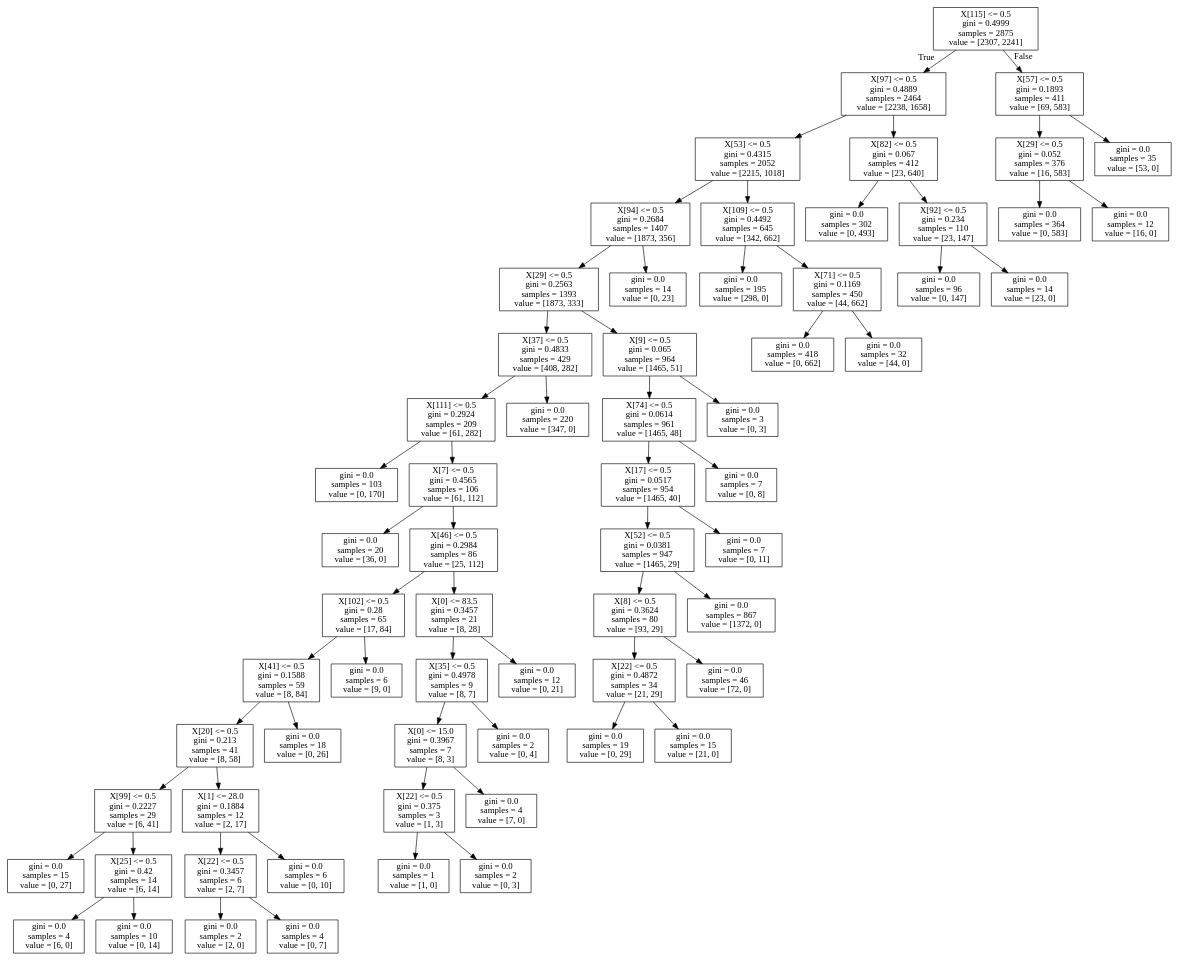
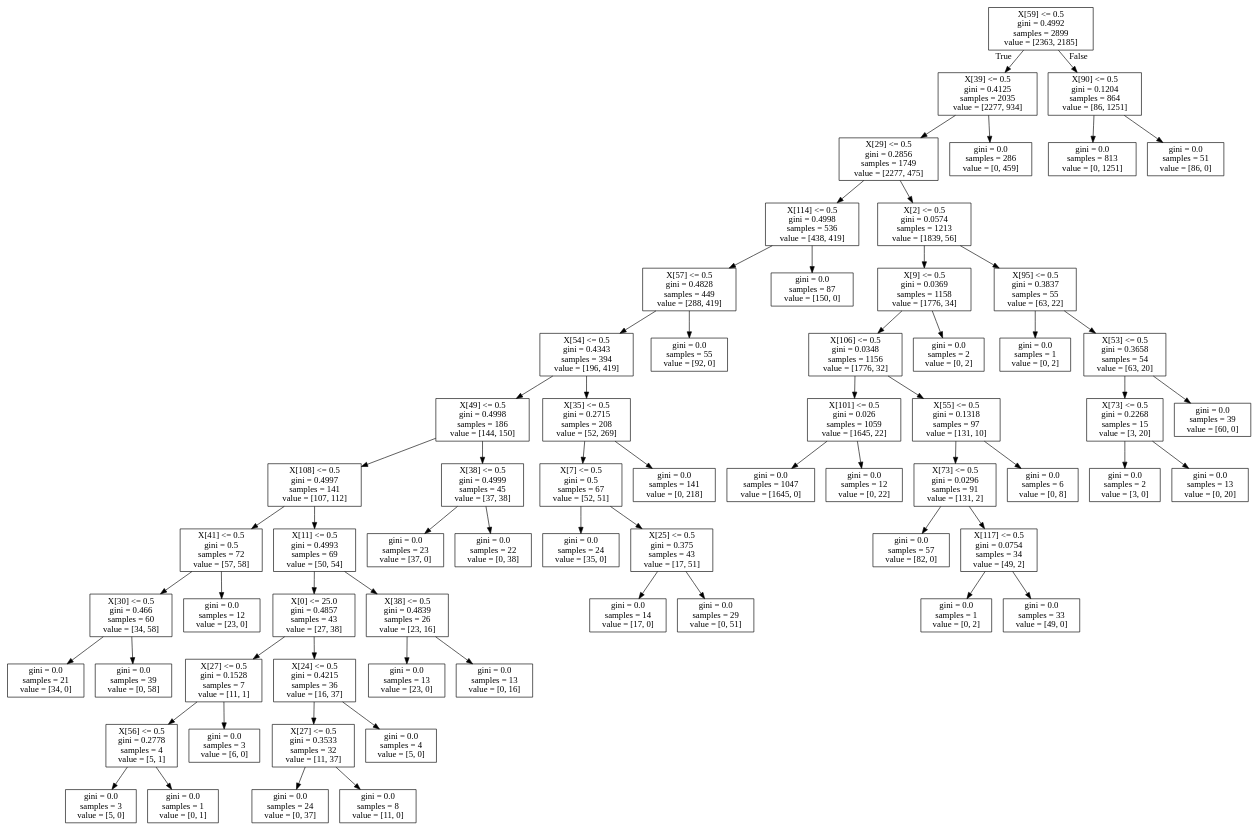
Before and after one commit to CaptainDredge/DSG-Entry-Data-Science-Competition: the diagram in tree_7.dot, drawn with Graphviz. The commit also changed 18 other files, not shown here.

```diff
--- a/tree_7.dot
+++ b/tree_7.dot
@@ -1,132 +1,132 @@
 digraph Tree {
 node [shape=box] ;
-0 [label="X[115] <= 0.5\ngini = 0.4999\nsamples = 2875\nvalue = [2307, 2241]"] ;
-1 [label="X[97] <= 0.5\ngini = 0.4889\nsamples = 2464\nvalue = [2238, 1658]"] ;
+0 [label="X[59] <= 0.5\ngini = 0.4992\nsamples = 2899\nvalue = [2363, 2185]"] ;
+1 [label="X[39] <= 0.5\ngini = 0.4125\nsamples = 2035\nvalue = [2277, 934]"] ;
 0 -> 1 [labeldistance=2.5, labelangle=45, headlabel="True"] ;
-2 [label="X[53] <= 0.5\ngini = 0.4315\nsamples = 2052\nvalue = [2215, 1018]"] ;
+2 [label="X[29] <= 0.5\ngini = 0.2856\nsamples = 1749\nvalue = [2277, 475]"] ;
 1 -> 2 ;
-3 [label="X[94] <= 0.5\ngini = 0.2684\nsamples = 1407\nvalue = [1873, 356]"] ;
+3 [label="X[114] <= 0.5\ngini = 0.4998\nsamples = 536\nvalue = [438, 419]"] ;
 2 -> 3 ;
-4 [label="X[29] <= 0.5\ngini = 0.2563\nsamples = 1393\nvalue = [1873, 333]"] ;
+4 [label="X[57] <= 0.5\ngini = 0.4828\nsamples = 449\nvalue = [288, 419]"] ;
 3 -> 4 ;
-5 [label="X[37] <= 0.5\ngini = 0.4833\nsamples = 429\nvalue = [408, 282]"] ;
+5 [label="X[54] <= 0.5\ngini = 0.4343\nsamples = 394\nvalue = [196, 419]"] ;
 4 -> 5 ;
-6 [label="X[111] <= 0.5\ngini = 0.2924\nsamples = 209\nvalue = [61, 282]"] ;
+6 [label="X[49] <= 0.5\ngini = 0.4998\nsamples = 186\nvalue = [144, 150]"] ;
 5 -> 6 ;
-7 [label="gini = 0.0\nsamples = 103\nvalue = [0, 170]"] ;
+7 [label="X[108] <= 0.5\ngini = 0.4997\nsamples = 141\nvalue = [107, 112]"] ;
 6 -> 7 ;
-8 [label="X[7] <= 0.5\ngini = 0.4565\nsamples = 106\nvalue = [61, 112]"] ;
-6 -> 8 ;
-9 [label="gini = 0.0\nsamples = 20\nvalue = [36, 0]"] ;
+8 [label="X[41] <= 0.5\ngini = 0.5\nsamples = 72\nvalue = [57, 58]"] ;
+7 -> 8 ;
+9 [label="X[30] <= 0.5\ngini = 0.466\nsamples = 60\nvalue = [34, 58]"] ;
 8 -> 9 ;
-10 [label="X[46] <= 0.5\ngini = 0.2984\nsamples = 86\nvalue = [25, 112]"] ;
-8 -> 10 ;
-11 [label="X[102] <= 0.5\ngini = 0.28\nsamples = 65\nvalue = [17, 84]"] ;
-10 -> 11 ;
-12 [label="X[41] <= 0.5\ngini = 0.1588\nsamples = 59\nvalue = [8, 84]"] ;
-11 -> 12 ;
-13 [label="X[20] <= 0.5\ngini = 0.213\nsamples = 41\nvalue = [8, 58]"] ;
-12 -> 13 ;
-14 [label="X[99] <= 0.5\ngini = 0.2227\nsamples = 29\nvalue = [6, 41]"] ;
+10 [label="gini = 0.0\nsamples = 21\nvalue = [34, 0]"] ;
+9 -> 10 ;
+11 [label="gini = 0.0\nsamples = 39\nvalue = [0, 58]"] ;
+9 -> 11 ;
+12 [label="gini = 0.0\nsamples = 12\nvalue = [23, 0]"] ;
+8 -> 12 ;
+13 [label="X[11] <= 0.5\ngini = 0.4993\nsamples = 69\nvalue = [50, 54]"] ;
+7 -> 13 ;
+14 [label="X[0] <= 25.0\ngini = 0.4857\nsamples = 43\nvalue = [27, 38]"] ;
 13 -> 14 ;
-15 [label="gini = 0.0\nsamples = 15\nvalue = [0, 27]"] ;
+15 [label="X[27] <= 0.5\ngini = 0.1528\nsamples = 7\nvalue = [11, 1]"] ;
 14 -> 15 ;
-16 [label="X[25] <= 0.5\ngini = 0.42\nsamples = 14\nvalue = [6, 14]"] ;
-14 -> 16 ;
-17 [label="gini = 0.0\nsamples = 4\nvalue = [6, 0]"] ;
+16 [label="X[56] <= 0.5\ngini = 0.2778\nsamples = 4\nvalue = [5, 1]"] ;
+15 -> 16 ;
+17 [label="gini = 0.0\nsamples = 3\nvalue = [5, 0]"] ;
 16 -> 17 ;
-18 [label="gini = 0.0\nsamples = 10\nvalue = [0, 14]"] ;
+18 [label="gini = 0.0\nsamples = 1\nvalue = [0, 1]"] ;
 16 -> 18 ;
-19 [label="X[1] <= 28.0\ngini = 0.1884\nsamples = 12\nvalue = [2, 17]"] ;
-13 -> 19 ;
-20 [label="X[22] <= 0.5\ngini = 0.3457\nsamples = 6\nvalue = [2, 7]"] ;
-19 -> 20 ;
-21 [label="gini = 0.0\nsamples = 2\nvalue = [2, 0]"] ;
+19 [label="gini = 0.0\nsamples = 3\nvalue = [6, 0]"] ;
+15 -> 19 ;
+20 [label="X[24] <= 0.5\ngini = 0.4215\nsamples = 36\nvalue = [16, 37]"] ;
+14 -> 20 ;
+21 [label="X[27] <= 0.5\ngini = 0.3533\nsamples = 32\nvalue = [11, 37]"] ;
 20 -> 21 ;
-22 [label="gini = 0.0\nsamples = 4\nvalue = [0, 7]"] ;
-20 -> 22 ;
-23 [label="gini = 0.0\nsamples = 6\nvalue = [0, 10]"] ;
-19 -> 23 ;
-24 [label="gini = 0.0\nsamples = 18\nvalue = [0, 26]"] ;
-12 -> 24 ;
-25 [label="gini = 0.0\nsamples = 6\nvalue = [9, 0]"] ;
-11 -> 25 ;
-26 [label="X[0] <= 83.5\ngini = 0.3457\nsamples = 21\nvalue = [8, 28]"] ;
-10 -> 26 ;
-27 [label="X[35] <= 0.5\ngini = 0.4978\nsamples = 9\nvalue = [8, 7]"] ;
-26 -> 27 ;
-28 [label="X[0] <= 15.0\ngini = 0.3967\nsamples = 7\nvalue = [8, 3]"] ;
-27 -> 28 ;
-29 [label="X[22] <= 0.5\ngini = 0.375\nsamples = 3\nvalue = [1, 3]"] ;
+22 [label="gini = 0.0\nsamples = 24\nvalue = [0, 37]"] ;
+21 -> 22 ;
+23 [label="gini = 0.0\nsamples = 8\nvalue = [11, 0]"] ;
+21 -> 23 ;
+24 [label="gini = 0.0\nsamples = 4\nvalue = [5, 0]"] ;
+20 -> 24 ;
+25 [label="X[38] <= 0.5\ngini = 0.4839\nsamples = 26\nvalue = [23, 16]"] ;
+13 -> 25 ;
+26 [label="gini = 0.0\nsamples = 13\nvalue = [23, 0]"] ;
+25 -> 26 ;
+27 [label="gini = 0.0\nsamples = 13\nvalue = [0, 16]"] ;
+25 -> 27 ;
+28 [label="X[38] <= 0.5\ngini = 0.4999\nsamples = 45\nvalue = [37, 38]"] ;
+6 -> 28 ;
+29 [label="gini = 0.0\nsamples = 23\nvalue = [37, 0]"] ;
 28 -> 29 ;
-30 [label="gini = 0.0\nsamples = 1\nvalue = [1, 0]"] ;
-29 -> 30 ;
-31 [label="gini = 0.0\nsamples = 2\nvalue = [0, 3]"] ;
-29 -> 31 ;
-32 [label="gini = 0.0\nsamples = 4\nvalue = [7, 0]"] ;
-28 -> 32 ;
-33 [label="gini = 0.0\nsamples = 2\nvalue = [0, 4]"] ;
-27 -> 33 ;
-34 [label="gini = 0.0\nsamples = 12\nvalue = [0, 21]"] ;
-26 -> 34 ;
-35 [label="gini = 0.0\nsamples = 220\nvalue = [347, 0]"] ;
-5 -> 35 ;
-36 [label="X[9] <= 0.5\ngini = 0.065\nsamples = 964\nvalue = [1465, 51]"] ;
-4 -> 36 ;
-37 [label="X[74] <= 0.5\ngini = 0.0614\nsamples = 961\nvalue = [1465, 48]"] ;
-36 -> 37 ;
-38 [label="X[17] <= 0.5\ngini = 0.0517\nsamples = 954\nvalue = [1465, 40]"] ;
-37 -> 38 ;
-39 [label="X[52] <= 0.5\ngini = 0.0381\nsamples = 947\nvalue = [1465, 29]"] ;
-38 -> 39 ;
-40 [label="X[8] <= 0.5\ngini = 0.3624\nsamples = 80\nvalue = [93, 29]"] ;
-39 -> 40 ;
-41 [label="X[22] <= 0.5\ngini = 0.4872\nsamples = 34\nvalue = [21, 29]"] ;
+30 [label="gini = 0.0\nsamples = 22\nvalue = [0, 38]"] ;
+28 -> 30 ;
+31 [label="X[35] <= 0.5\ngini = 0.2715\nsamples = 208\nvalue = [52, 269]"] ;
+5 -> 31 ;
+32 [label="X[7] <= 0.5\ngini = 0.5\nsamples = 67\nvalue = [52, 51]"] ;
+31 -> 32 ;
+33 [label="gini = 0.0\nsamples = 24\nvalue = [35, 0]"] ;
+32 -> 33 ;
+34 [label="X[25] <= 0.5\ngini = 0.375\nsamples = 43\nvalue = [17, 51]"] ;
+32 -> 34 ;
+35 [label="gini = 0.0\nsamples = 14\nvalue = [17, 0]"] ;
+34 -> 35 ;
+36 [label="gini = 0.0\nsamples = 29\nvalue = [0, 51]"] ;
+34 -> 36 ;
+37 [label="gini = 0.0\nsamples = 141\nvalue = [0, 218]"] ;
+31 -> 37 ;
+38 [label="gini = 0.0\nsamples = 55\nvalue = [92, 0]"] ;
+4 -> 38 ;
+39 [label="gini = 0.0\nsamples = 87\nvalue = [150, 0]"] ;
+3 -> 39 ;
+40 [label="X[2] <= 0.5\ngini = 0.0574\nsamples = 1213\nvalue = [1839, 56]"] ;
+2 -> 40 ;
+41 [label="X[9] <= 0.5\ngini = 0.0369\nsamples = 1158\nvalue = [1776, 34]"] ;
 40 -> 41 ;
-42 [label="gini = 0.0\nsamples = 19\nvalue = [0, 29]"] ;
+42 [label="X[106] <= 0.5\ngini = 0.0348\nsamples = 1156\nvalue = [1776, 32]"] ;
 41 -> 42 ;
-43 [label="gini = 0.0\nsamples = 15\nvalue = [21, 0]"] ;
-41 -> 43 ;
-44 [label="gini = 0.0\nsamples = 46\nvalue = [72, 0]"] ;
-40 -> 44 ;
-45 [label="gini = 0.0\nsamples = 867\nvalue = [1372, 0]"] ;
-39 -> 45 ;
-46 [label="gini = 0.0\nsamples = 7\nvalue = [0, 11]"] ;
-38 -> 46 ;
-47 [label="gini = 0.0\nsamples = 7\nvalue = [0, 8]"] ;
-37 -> 47 ;
-48 [label="gini = 0.0\nsamples = 3\nvalue = [0, 3]"] ;
-36 -> 48 ;
-49 [label="gini = 0.0\nsamples = 14\nvalue = [0, 23]"] ;
-3 -> 49 ;
-50 [label="X[109] <= 0.5\ngini = 0.4492\nsamples = 645\nvalue = [342, 662]"] ;
-2 -> 50 ;
-51 [label="gini = 0.0\nsamples = 195\nvalue = [298, 0]"] ;
-50 -> 51 ;
-52 [label="X[71] <= 0.5\ngini = 0.1169\nsamples = 450\nvalue = [44, 662]"] ;
-50 -> 52 ;
-53 [label="gini = 0.0\nsamples = 418\nvalue = [0, 662]"] ;
-52 -> 53 ;
-54 [label="gini = 0.0\nsamples = 32\nvalue = [44, 0]"] ;
-52 -> 54 ;
-55 [label="X[82] <= 0.5\ngini = 0.067\nsamples = 412\nvalue = [23, 640]"] ;
-1 -> 55 ;
-56 [label="gini = 0.0\nsamples = 302\nvalue = [0, 493]"] ;
-55 -> 56 ;
-57 [label="X[92] <= 0.5\ngini = 0.234\nsamples = 110\nvalue = [23, 147]"] ;
-55 -> 57 ;
-58 [label="gini = 0.0\nsamples = 96\nvalue = [0, 147]"] ;
+43 [label="X[101] <= 0.5\ngini = 0.026\nsamples = 1059\nvalue = [1645, 22]"] ;
+42 -> 43 ;
+44 [label="gini = 0.0\nsamples = 1047\nvalue = [1645, 0]"] ;
+43 -> 44 ;
+45 [label="gini = 0.0\nsamples = 12\nvalue = [0, 22]"] ;
+43 -> 45 ;
+46 [label="X[55] <= 0.5\ngini = 0.1318\nsamples = 97\nvalue = [131, 10]"] ;
+42 -> 46 ;
+47 [label="X[73] <= 0.5\ngini = 0.0296\nsamples = 91\nvalue = [131, 2]"] ;
+46 -> 47 ;
+48 [label="gini = 0.0\nsamples = 57\nvalue = [82, 0]"] ;
+47 -> 48 ;
+49 [label="X[117] <= 0.5\ngini = 0.0754\nsamples = 34\nvalue = [49, 2]"] ;
+47 -> 49 ;
+50 [label="gini = 0.0\nsamples = 1\nvalue = [0, 2]"] ;
+49 -> 50 ;
+51 [label="gini = 0.0\nsamples = 33\nvalue = [49, 0]"] ;
+49 -> 51 ;
+52 [label="gini = 0.0\nsamples = 6\nvalue = [0, 8]"] ;
+46 -> 52 ;
+53 [label="gini = 0.0\nsamples = 2\nvalue = [0, 2]"] ;
+41 -> 53 ;
+54 [label="X[95] <= 0.5\ngini = 0.3837\nsamples = 55\nvalue = [63, 22]"] ;
+40 -> 54 ;
+55 [label="gini = 0.0\nsamples = 1\nvalue = [0, 2]"] ;
+54 -> 55 ;
+56 [label="X[53] <= 0.5\ngini = 0.3658\nsamples = 54\nvalue = [63, 20]"] ;
+54 -> 56 ;
+57 [label="X[73] <= 0.5\ngini = 0.2268\nsamples = 15\nvalue = [3, 20]"] ;
+56 -> 57 ;
+58 [label="gini = 0.0\nsamples = 2\nvalue = [3, 0]"] ;
 57 -> 58 ;
-59 [label="gini = 0.0\nsamples = 14\nvalue = [23, 0]"] ;
+59 [label="gini = 0.0\nsamples = 13\nvalue = [0, 20]"] ;
 57 -> 59 ;
-60 [label="X[57] <= 0.5\ngini = 0.1893\nsamples = 411\nvalue = [69, 583]"] ;
-0 -> 60 [labeldistance=2.5, labelangle=-45, headlabel="False"] ;
-61 [label="X[29] <= 0.5\ngini = 0.052\nsamples = 376\nvalue = [16, 583]"] ;
-60 -> 61 ;
-62 [label="gini = 0.0\nsamples = 364\nvalue = [0, 583]"] ;
-61 -> 62 ;
-63 [label="gini = 0.0\nsamples = 12\nvalue = [16, 0]"] ;
-61 -> 63 ;
-64 [label="gini = 0.0\nsamples = 35\nvalue = [53, 0]"] ;
-60 -> 64 ;
+60 [label="gini = 0.0\nsamples = 39\nvalue = [60, 0]"] ;
+56 -> 60 ;
+61 [label="gini = 0.0\nsamples = 286\nvalue = [0, 459]"] ;
+1 -> 61 ;
+62 [label="X[90] <= 0.5\ngini = 0.1204\nsamples = 864\nvalue = [86, 1251]"] ;
+0 -> 62 [labeldistance=2.5, labelangle=-45, headlabel="False"] ;
+63 [label="gini = 0.0\nsamples = 813\nvalue = [0, 1251]"] ;
+62 -> 63 ;
+64 [label="gini = 0.0\nsamples = 51\nvalue = [86, 0]"] ;
+62 -> 64 ;
 }
```
